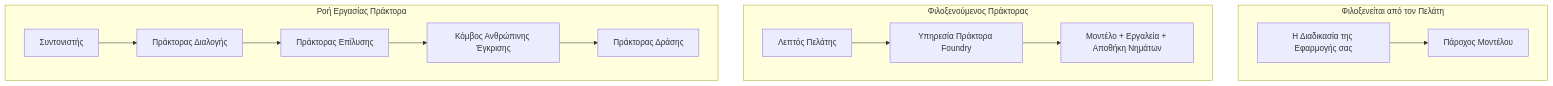
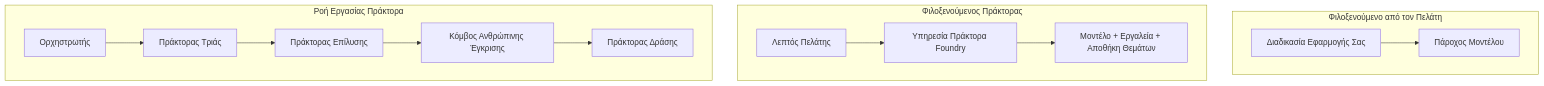
The first of 4 diagrams in mirrors/repos/microsoft@ai-agents-for-beginners/translations/el/16-deploying-scalable-agents/README.md (gabrielmoreira/agent-skills-mirror), drawn with Mermaid before and after one commit. The commit also changed other lines of this file and 3581 other files, not shown here.

````diff
--- a/mirrors/repos/microsoft@ai-agents-for-beginners/translations/el/16-deploying-scalable-agents/README.md
+++ b/mirrors/repos/microsoft@ai-agents-for-beginners/translations/el/16-deploying-scalable-agents/README.md
@@ -87,16 +87,16 @@
 ```mermaid
 flowchart TB
-    subgraph P1[Φιλοξενείται από τον Πελάτη]
-        A1[Η Διαδικασία της Εφαρμογής σας] --> M1[Πάροχος Μοντέλου]
+    subgraph P1[Φιλοξενούμενο από τον Πελάτη]
+        A1[Διαδικασία Εφαρμογής Σας] --> M1[Πάροχος Μοντέλου]
     end
     subgraph P2[Φιλοξενούμενος Πράκτορας]
         A2[Λεπτός Πελάτης] --> F2[Υπηρεσία Πράκτορα Foundry]
-        F2 --> M2[Μοντέλο + Εργαλεία + Αποθήκη Νημάτων]
+        F2 --> M2[Μοντέλο + Εργαλεία + Αποθήκη Θεμάτων]
     end
     subgraph P3[Ροή Εργασίας Πράκτορα]
-        A3[Συντονιστής] --> S1[Πράκτορας Διαλογής]
+        A3[Ορχηστρωτής] --> S1[Πράκτορας Τριάς]
         S1 --> S2[Πράκτορας Επίλυσης]
         S2 --> H[Κόμβος Ανθρώπινης Έγκρισης]
         H --> S3[Πράκτορας Δράσης]
     end
 ```
````
